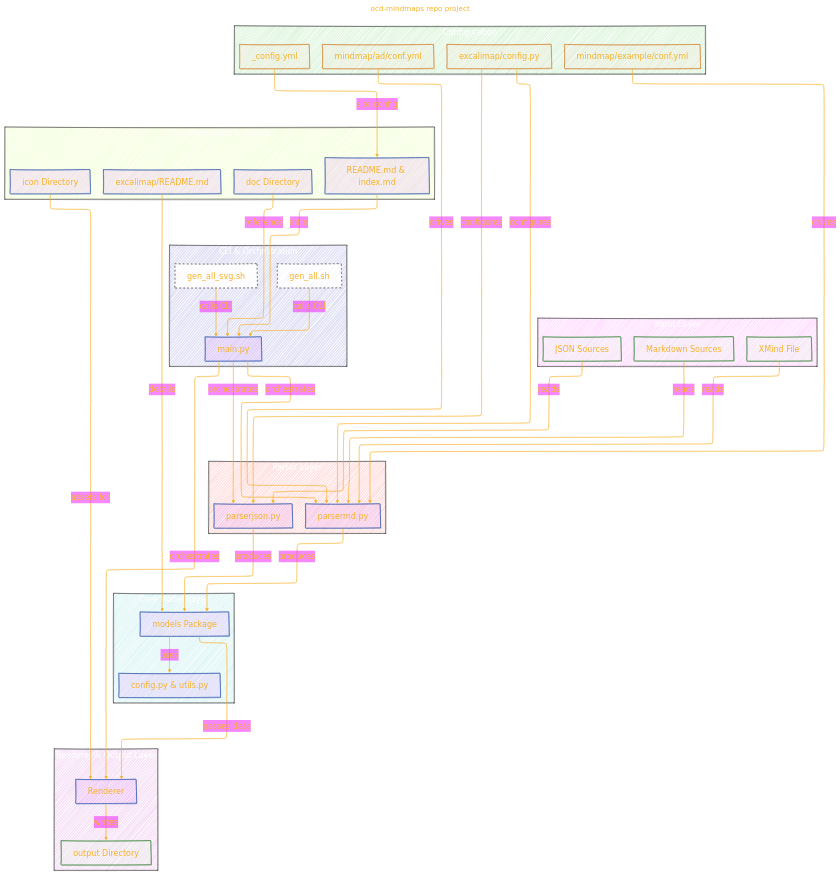
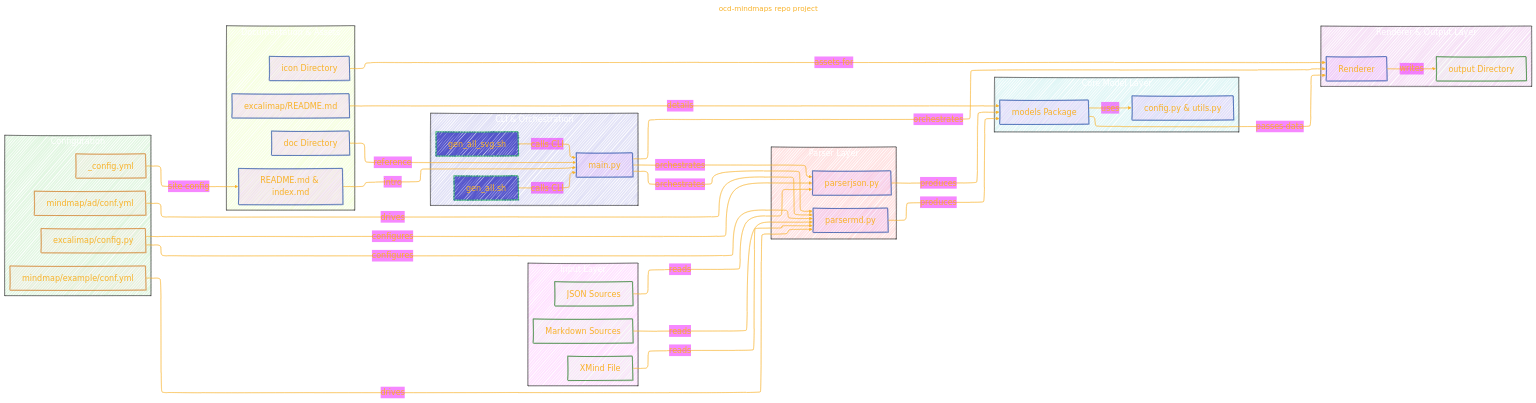
One commit to CongLeSolutionX/ArchExplorer changed the first of 2 diagrams in CYBERSECURITY/orange-cyberdefense/ocd-mindmaps.md. Above: the diagram before and after it, drawn with Mermaid.

Commit message:
update notes

````diff
--- a/CYBERSECURITY/orange-cyberdefense/ocd-mindmaps.md
+++ b/CYBERSECURITY/orange-cyberdefense/ocd-mindmaps.md
@@ -74,7 +74,7 @@
     }
   }
 }%%
-flowchart TD
+flowchart LR
     subgraph Input_Layer["Input Layer"]
     style Input_Layer fill:#F2F2,stroke:#333,stroke-width:1px, color: #FFFF
     direction TB
@@ -177,7 +177,7 @@
     %% Styles
     classDef io fill:#cfc2,stroke:#006600,stroke-width:1px
     classDef module fill:#c5f2,stroke:#003399,stroke-width:1px
-    classDef script stroke-dasharray: 5 5,stroke:#666666,fill:#ffffff
+    %% classDef script fill:#ccf2,stroke:#333,fill:#fff
     classDef config fill:#fcb2,stroke:#cc6600,stroke-width:1px
 
 ```
````
